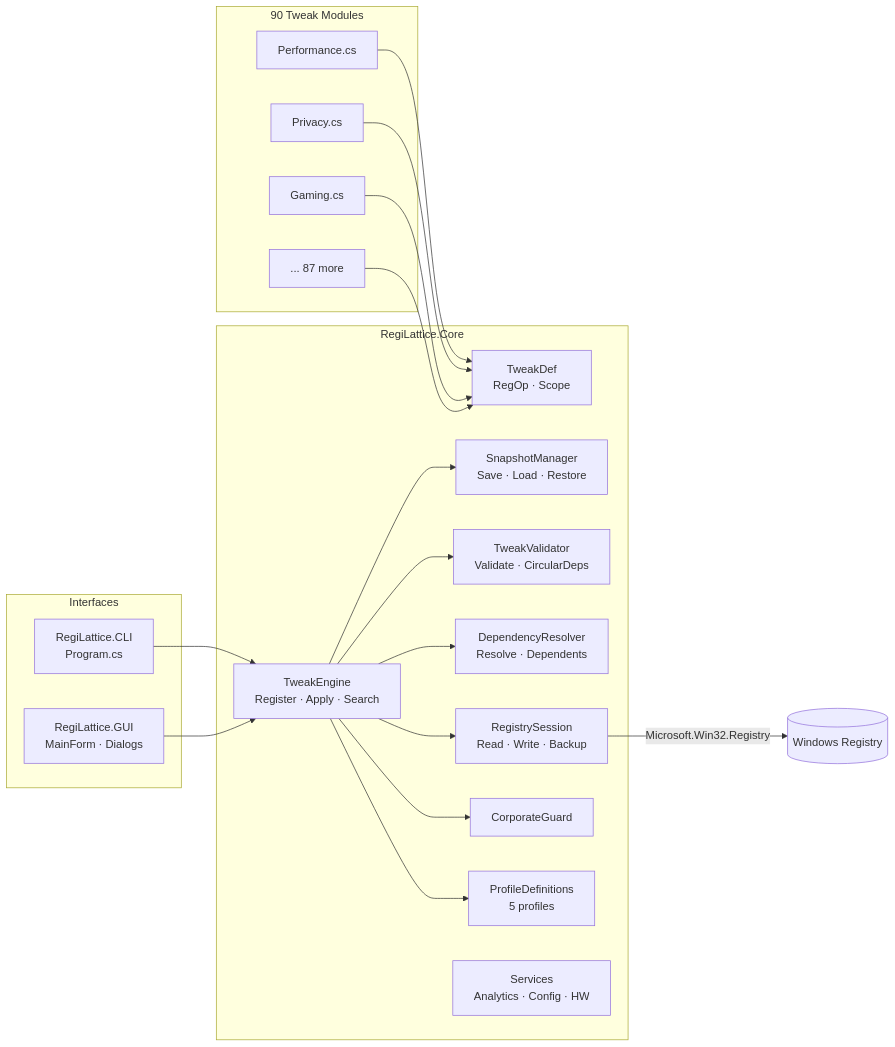
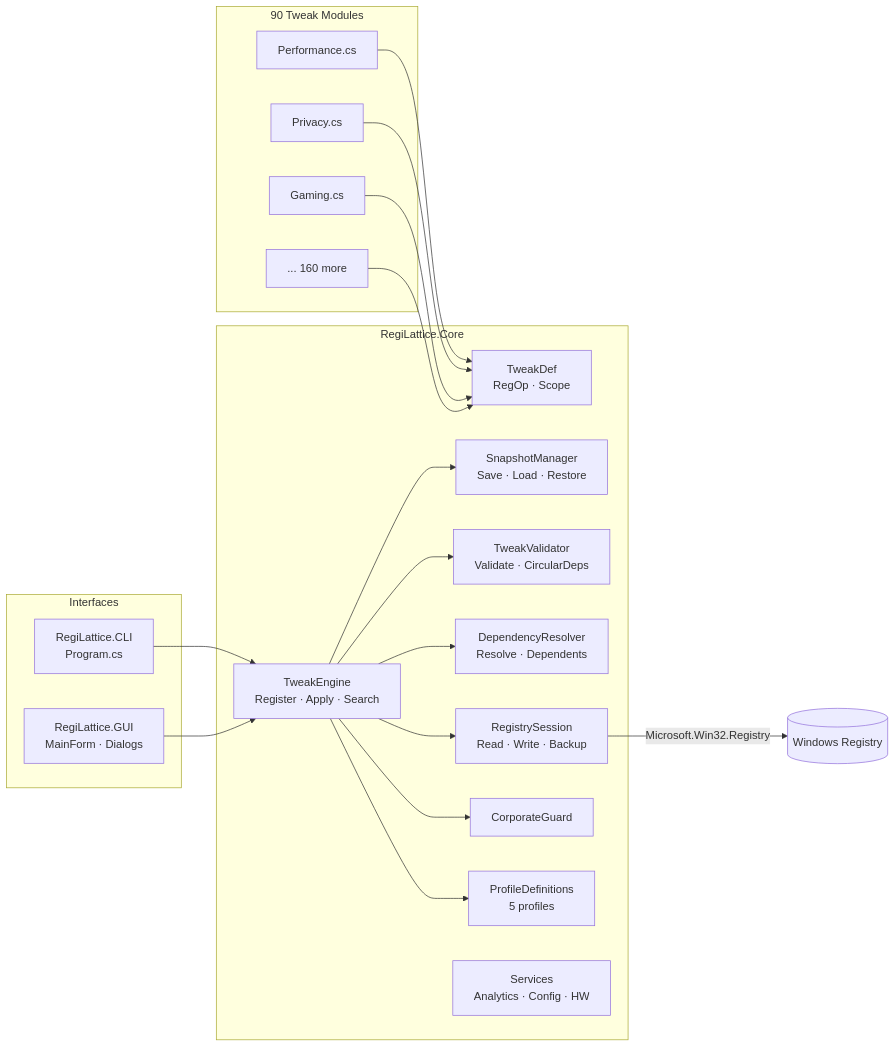
The diagram in README.md (RajwanYair/RegiLattice), drawn with Mermaid before and after one commit. The commit also changed other lines of this file and 6 other files, not shown here.

````diff
--- a/README.md
+++ b/README.md
@@ -57,40 +57,40 @@
 ```mermaid
 graph LR
     subgraph Interfaces
         CLI[RegiLattice.CLI<br/>Program.cs]
         GUI[RegiLattice.GUI<br/>MainForm · Dialogs]
     end
 
     subgraph Core["RegiLattice.Core"]
         TE[TweakEngine<br/>Register · Apply · Search]
         SM[SnapshotManager<br/>Save · Load · Restore]
         TV[TweakValidator<br/>Validate · CircularDeps]
         DR[DependencyResolver<br/>Resolve · Dependents]
         TD[TweakDef<br/>RegOp · Scope]
         RS[RegistrySession<br/>Read · Write · Backup]
         CG[CorporateGuard]
         PD[ProfileDefinitions<br/>5 profiles]
         SV[Services<br/>Analytics · Config · HW]
     end
 
     subgraph Tweaks["90 Tweak Modules"]
         T1[Performance.cs]
         T2[Privacy.cs]
         T3[Gaming.cs]
-        TN[... 87 more]
+        TN[... 160 more]
     end
 
     CLI --> TE
     GUI --> TE
     TE --> SM
     TE --> TV
     TE --> DR
     TE --> RS
     TE --> CG
     TE --> PD
     T1 --> TD
     T2 --> TD
     T3 --> TD
     TN --> TD
     RS -->|Microsoft.Win32.Registry| WR[(Windows Registry)]
 ```
````
